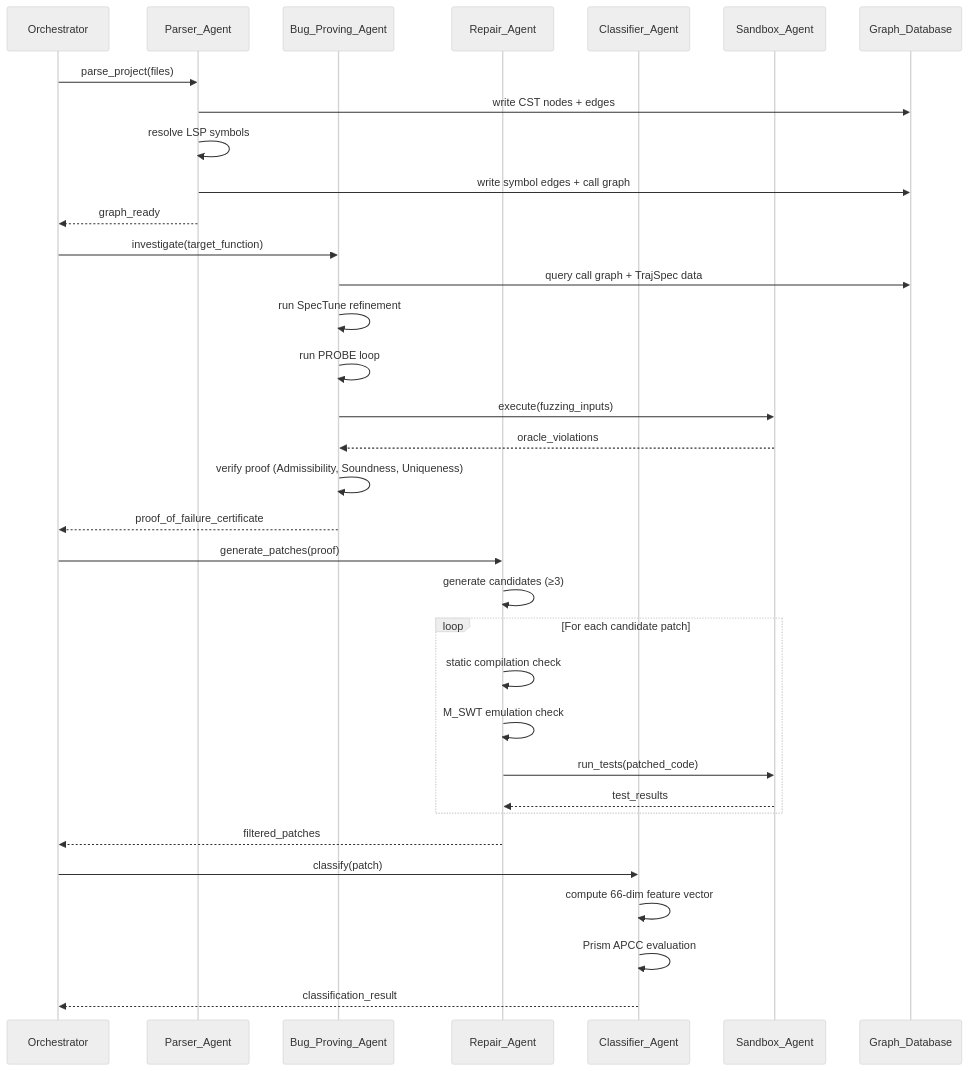
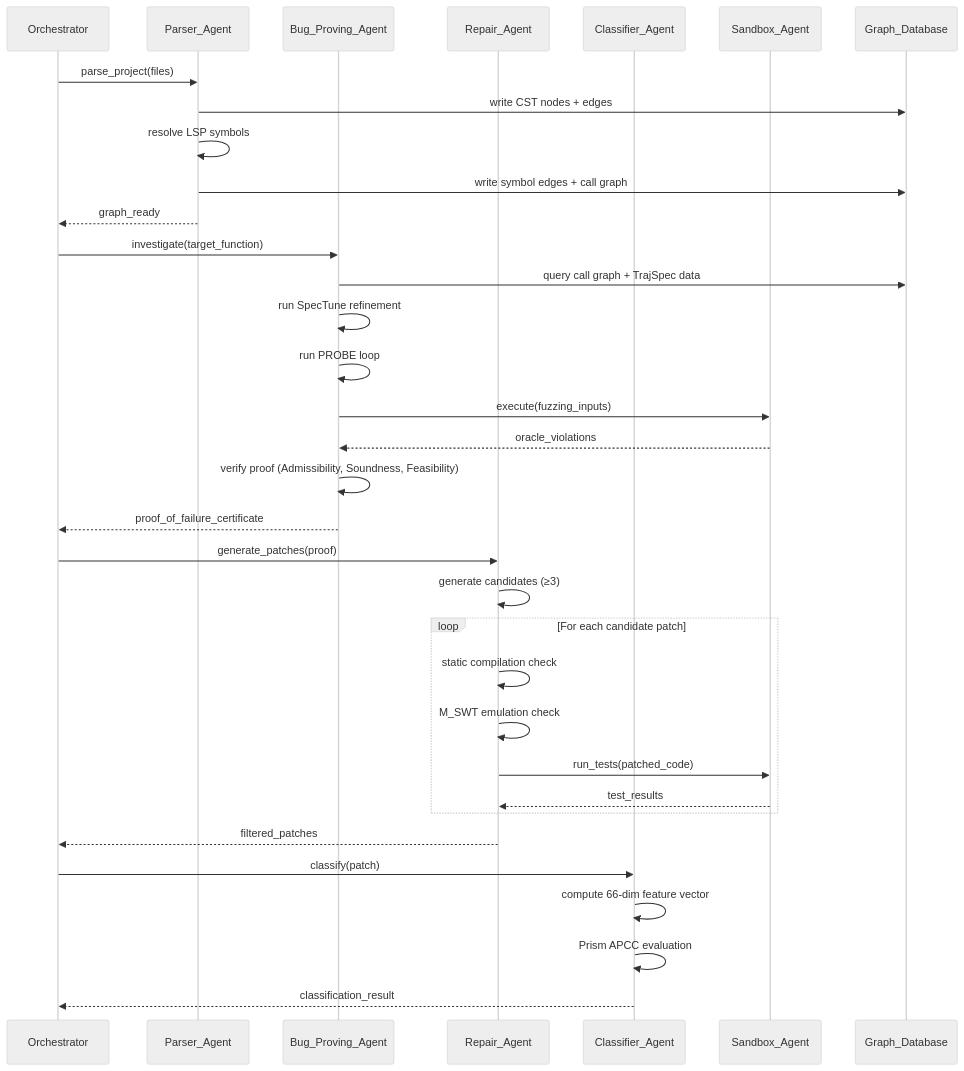
The second of 3 diagrams in .kiro/specs/proof-carrying-debugger/design.md (himanshusaini-afk/buggy), drawn with Mermaid (neutral theme) before and after one commit. The commit also changed other lines of this file and 7 other files, not shown here.

````diff
--- a/.kiro/specs/proof-carrying-debugger/design.md
+++ b/.kiro/specs/proof-carrying-debugger/design.md
@@ -79,40 +79,40 @@
 ```mermaid
 sequenceDiagram
     participant O as Orchestrator
     participant PA as Parser_Agent
     participant BPA as Bug_Proving_Agent
     participant RA as Repair_Agent
     participant CA as Classifier_Agent
     participant SA as Sandbox_Agent
     participant DB as Graph_Database
 
     O->>PA: parse_project(files)
     PA->>DB: write CST nodes + edges
     PA->>PA: resolve LSP symbols
     PA->>DB: write symbol edges + call graph
     PA-->>O: graph_ready
 
     O->>BPA: investigate(target_function)
     BPA->>DB: query call graph + TrajSpec data
     BPA->>BPA: run SpecTune refinement
     BPA->>BPA: run PROBE loop
     BPA->>SA: execute(fuzzing_inputs)
     SA-->>BPA: oracle_violations
-    BPA->>BPA: verify proof (Admissibility, Soundness, Uniqueness)
+    BPA->>BPA: verify proof (Admissibility, Soundness, Feasibility)
     BPA-->>O: proof_of_failure_certificate
 
     O->>RA: generate_patches(proof)
     RA->>RA: generate candidates (≥3)
     loop For each candidate patch
         RA->>RA: static compilation check
         RA->>RA: M_SWT emulation check
         RA->>SA: run_tests(patched_code)
         SA-->>RA: test_results
     end
     RA-->>O: filtered_patches
 
     O->>CA: classify(patch)
     CA->>CA: compute 66-dim feature vector
     CA->>CA: Prism APCC evaluation
     CA-->>O: classification_result
 ```
````
